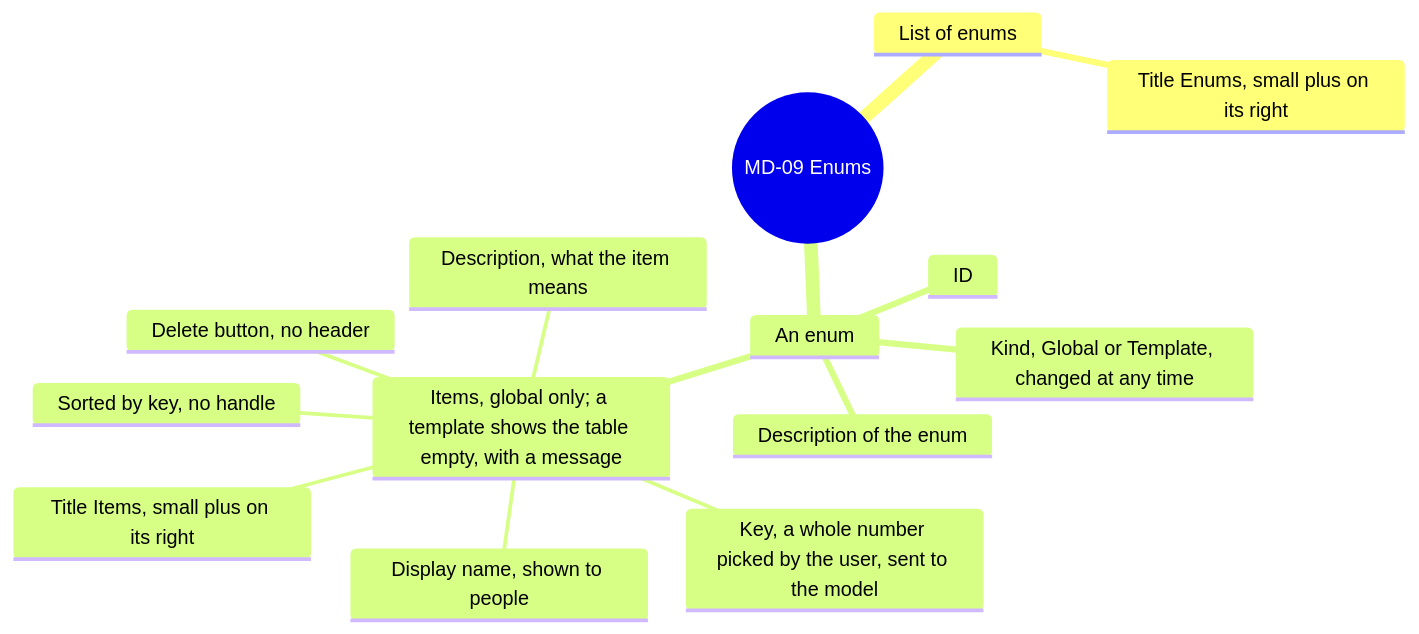
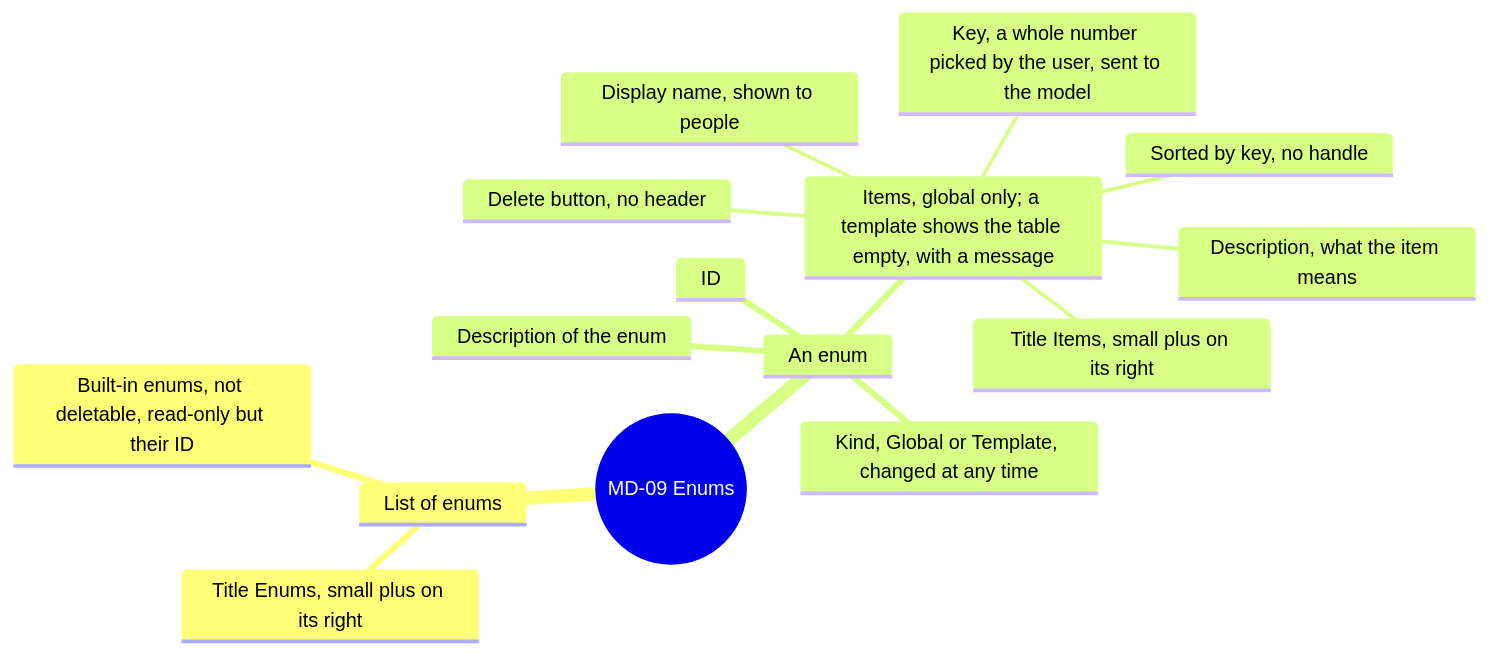
Diagram 15 of 16 in screens/metadata.md (AlexandreGallais/synoptic-studio-spec), drawn with Mermaid before and after one commit. The commit also changed other lines of this file and 12 other files, not shown here.

First line of the commit message:
docs(pipes): move fills to pipe styles and add built-in enums

````diff
--- a/screens/metadata.md
+++ b/screens/metadata.md
@@ -517,17 +517,18 @@
 ```mermaid
 mindmap
   root((MD-09 Enums))
     List of enums
       Title Enums, small plus on its right
+      Built-in enums, not deletable, read-only but their ID
     An enum
       ID
       Kind, Global or Template, changed at any time
       Description of the enum
       Items, global only; a template shows the table empty, with a message
         Title Items, small plus on its right
         Key, a whole number picked by the user, sent to the model
         Display name, shown to people
         Description, what the item means
         Delete button, no header
         Sorted by key, no handle
 ```
````
